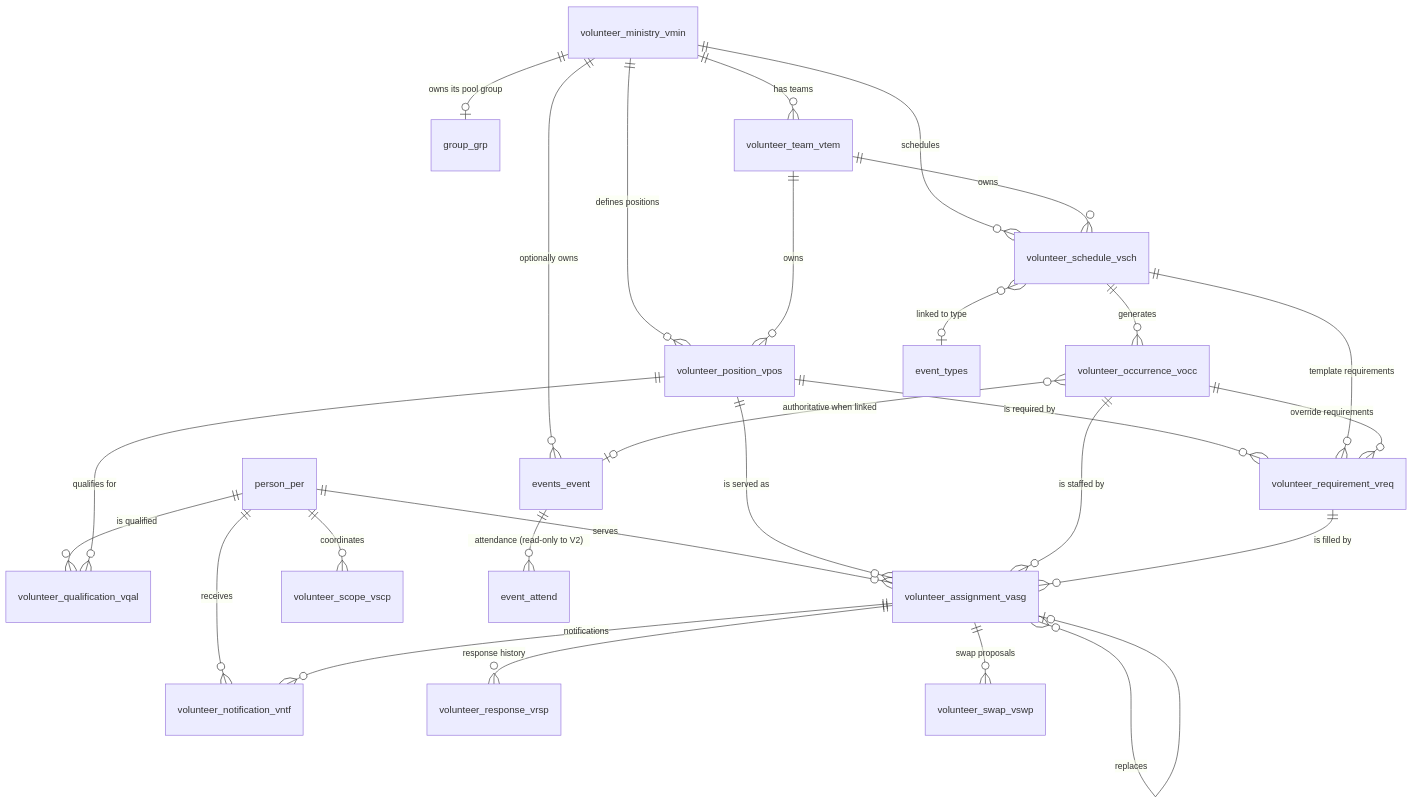
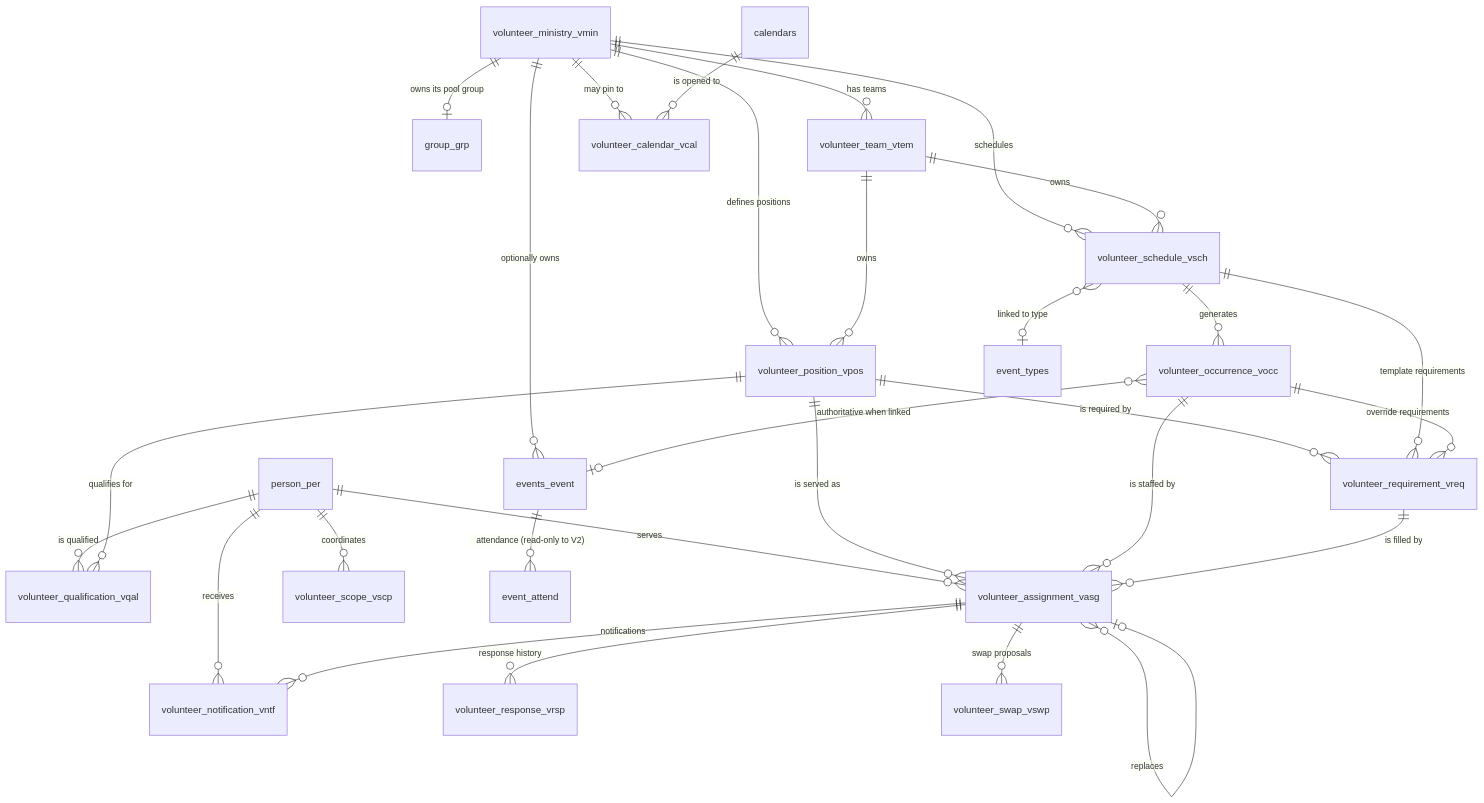
One commit to ChurchCRM/CRM changed the diagram in .agents/skills/churchcrm/volunteer-v2-design.md. Above: the diagram before and after it, drawn with Mermaid. The commit also changed other lines of this file and 1 other file, not shown here.

Commit message:
docs: record calendar grants and portal legend toggles (D25, D27)

````diff
--- a/.agents/skills/churchcrm/volunteer-v2-design.md
+++ b/.agents/skills/churchcrm/volunteer-v2-design.md
@@ -497,37 +498,39 @@
 ```mermaid
 erDiagram
     person_per      ||--o{ volunteer_qualification_vqal : "is qualified"
     person_per      ||--o{ volunteer_assignment_vasg    : "serves"
     person_per      ||--o{ volunteer_scope_vscp         : "coordinates"
     person_per      ||--o{ volunteer_notification_vntf  : "receives"
     volunteer_ministry_vmin ||--o| group_grp             : "owns its pool group"
 
     volunteer_ministry_vmin ||--o{ volunteer_team_vtem      : "has teams"
     volunteer_ministry_vmin ||--o{ volunteer_position_vpos  : "defines positions"
     volunteer_ministry_vmin ||--o{ volunteer_schedule_vsch  : "schedules"
     volunteer_ministry_vmin ||--o{ events_event             : "optionally owns"
+    volunteer_ministry_vmin ||--o{ volunteer_calendar_vcal  : "may pin to"
+    calendars               ||--o{ volunteer_calendar_vcal  : "is opened to"
 
     volunteer_team_vtem     ||--o{ volunteer_position_vpos  : "owns"
     volunteer_team_vtem     ||--o{ volunteer_schedule_vsch  : "owns"
 
     volunteer_position_vpos ||--o{ volunteer_qualification_vqal : "qualifies for"
     volunteer_position_vpos ||--o{ volunteer_requirement_vreq   : "is required by"
     volunteer_position_vpos ||--o{ volunteer_assignment_vasg    : "is served as"
 
     volunteer_schedule_vsch ||--o{ volunteer_occurrence_vocc  : "generates"
     volunteer_schedule_vsch ||--o{ volunteer_requirement_vreq : "template requirements"
     volunteer_schedule_vsch }o--o| event_types                : "linked to type"
 
     volunteer_occurrence_vocc  }o--o| events_event                : "authoritative when linked"
     volunteer_occurrence_vocc  ||--o{ volunteer_requirement_vreq  : "override requirements"
     volunteer_occurrence_vocc  ||--o{ volunteer_assignment_vasg   : "is staffed by"
 
     volunteer_requirement_vreq ||--o{ volunteer_assignment_vasg : "is filled by"
 
     volunteer_assignment_vasg ||--o{ volunteer_response_vrsp     : "response history"
     volunteer_assignment_vasg ||--o{ volunteer_swap_vswp         : "swap proposals"
     volunteer_assignment_vasg ||--o{ volunteer_notification_vntf : "notifications"
     volunteer_assignment_vasg }o--o| volunteer_assignment_vasg   : "replaces"
 
     events_event ||--o{ event_attend : "attendance (read-only to V2)"
 ```
````
